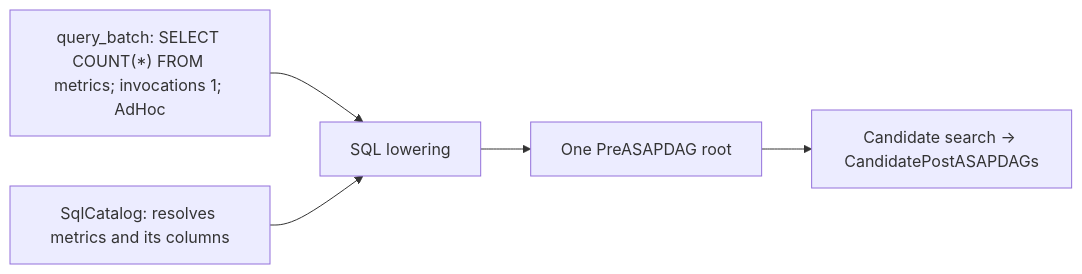
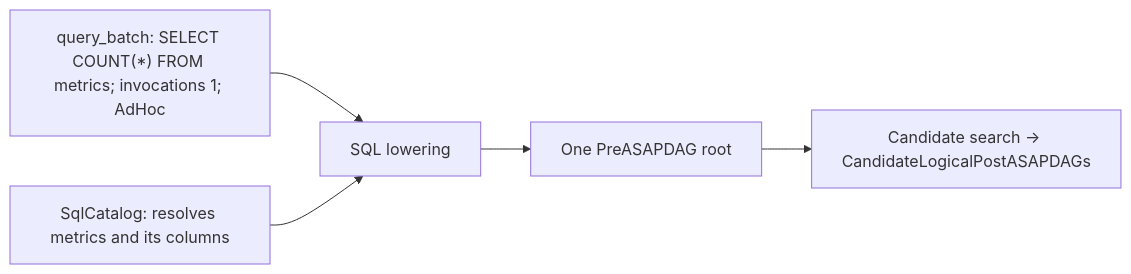
Before and after one commit to ProjectASAP/ASAPPlanner: the second of 2 diagrams in docs/design_docs/architecture/input-output-workflow.md, drawn with Mermaid. The commit also changed other lines of this file and 71 other files, not shown here.

````diff
--- a/docs/design_docs/architecture/input-output-workflow.md
+++ b/docs/design_docs/architecture/input-output-workflow.md
@@ -117,11 +117,11 @@
 ```mermaid
 flowchart LR
     Q["query_batch: SELECT COUNT(*) FROM metrics; invocations 1; AdHoc"]
     C["SqlCatalog: resolves metrics and its columns"]
     F["SQL lowering"]
     R["One PreASAPDAG root"]
-    P["Candidate search → CandidatePostASAPDAGs"]
+    P["Candidate search → CandidateLogicalPostASAPDAGs"]
     Q --> F
     C --> F
     F --> R --> P
 ```
````
